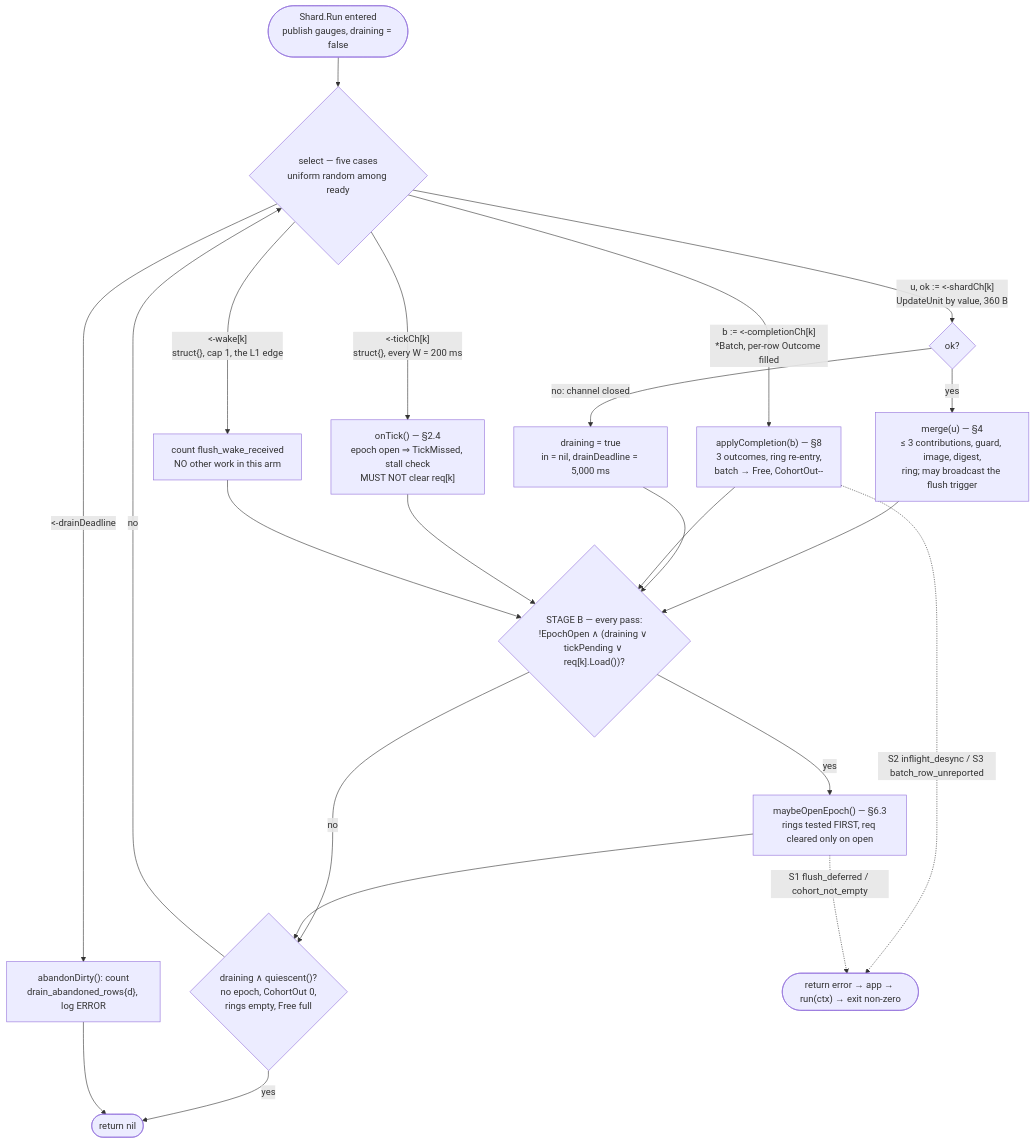
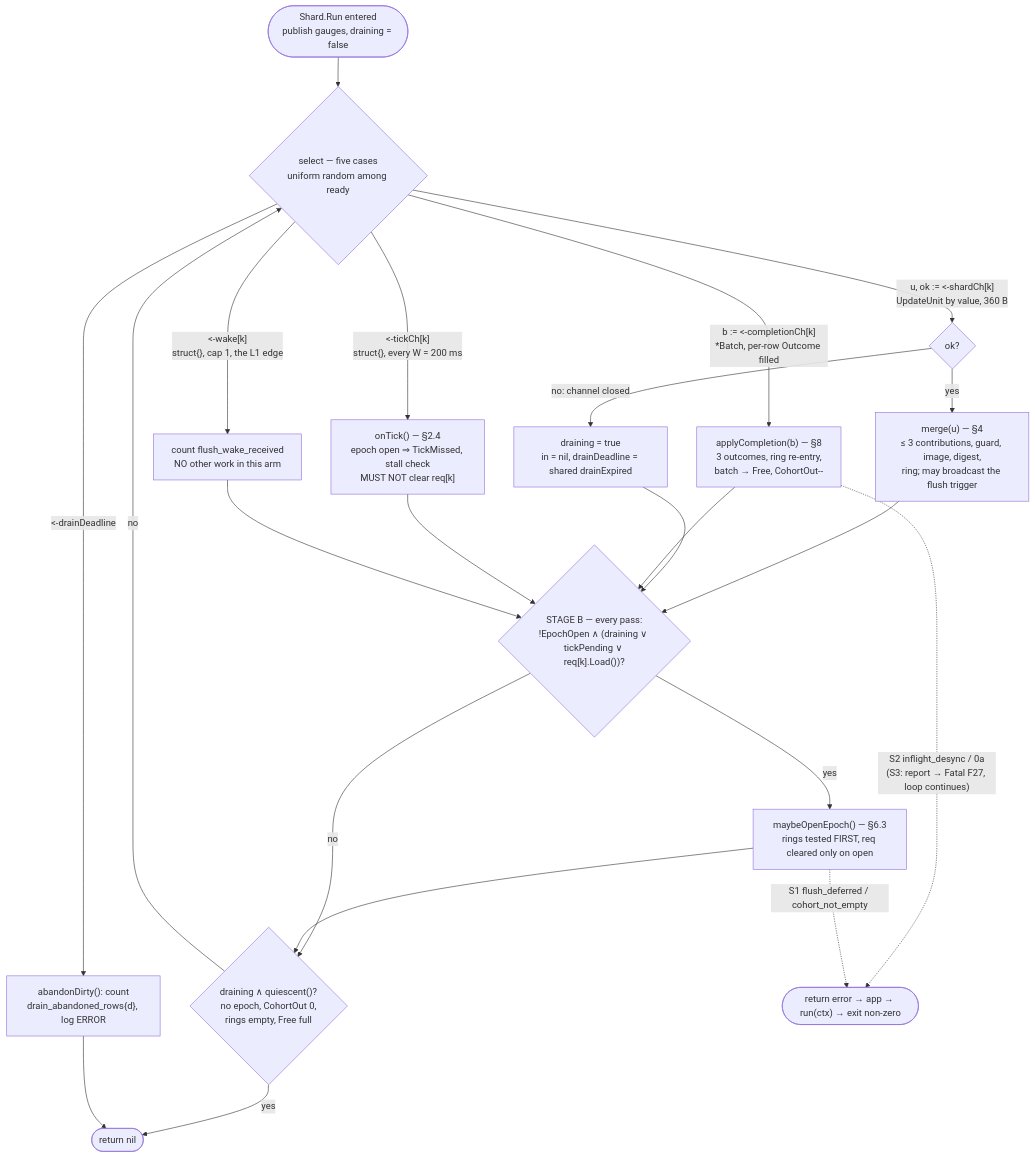
Before and after one commit to redwineyards/feedvalve: the second of 8 diagrams in docs/lld/02-shard-mirror.md, drawn with Mermaid. The commit also changed other lines of this file and 7 other files, not shown here.

````diff
--- a/docs/lld/02-shard-mirror.md
+++ b/docs/lld/02-shard-mirror.md
@@ -589,27 +626,27 @@
 ```mermaid
 flowchart TD
     START(["Shard.Run entered<br/>publish gauges, draining = false"]) --> SEL
     SEL{"select — five cases<br/>uniform random among ready"}
     SEL -->|"u, ok := &lt;-shardCh[k]<br/>UpdateUnit by value, 360 B"| U{"ok?"}
     U -->|"yes"| MERGE["merge(u) — §4<br/>≤ 3 contributions, guard, image, digest,<br/>ring; may broadcast the flush trigger"]
-    U -->|"no: channel closed"| DR["draining = true<br/>in = nil, drainDeadline = 5,000 ms"]
+    U -->|"no: channel closed"| DR["draining = true<br/>in = nil, drainDeadline = shared drainExpired"]
     SEL -->|"b := &lt;-completionCh[k]<br/>*Batch, per-row Outcome filled"| COMP["applyCompletion(b) — §8<br/>3 outcomes, ring re-entry,<br/>batch → Free, CohortOut--"]
     SEL -->|"&lt;-tickCh[k]<br/>struct{}, every W = 200 ms"| TICK["onTick() — §2.4<br/>epoch open ⇒ TickMissed, stall check<br/>MUST NOT clear req[k]"]
     SEL -->|"&lt;-wake[k]<br/>struct{}, cap 1, the L1 edge"| WK["count flush_wake_received<br/>NO other work in this arm"]
     SEL -->|"&lt;-drainDeadline"| AB["abandonDirty(): count<br/>drain_abandoned_rows{d}, log ERROR"]
 
     MERGE --> B
     DR --> B
     COMP --> B
     TICK --> B
     WK --> B
     B{"STAGE B — every pass:<br/>!EpochOpen ∧ (draining ∨ tickPending ∨ req[k].Load())?"}
     B -->|"yes"| OPEN["maybeOpenEpoch() — §6.3<br/>rings tested FIRST, req cleared only on open"]
     B -->|"no"| Q
     OPEN --> Q{"draining ∧ quiescent()?<br/>no epoch, CohortOut 0,<br/>rings empty, Free full"}
     Q -->|"no"| SEL
     Q -->|"yes"| RET(["return nil"])
     AB --> RET
-    COMP -.->|"S2 inflight_desync / S3 batch_row_unreported"| ERR(["return error → app → run(ctx) → exit non-zero"])
+    COMP -.->|"S2 inflight_desync / 0a<br/>(S3: report → Fatal F27, loop continues)"| ERR(["return error → app → run(ctx) → exit non-zero"])
     OPEN -.->|"S1 flush_deferred / cohort_not_empty"| ERR
 ```
````
